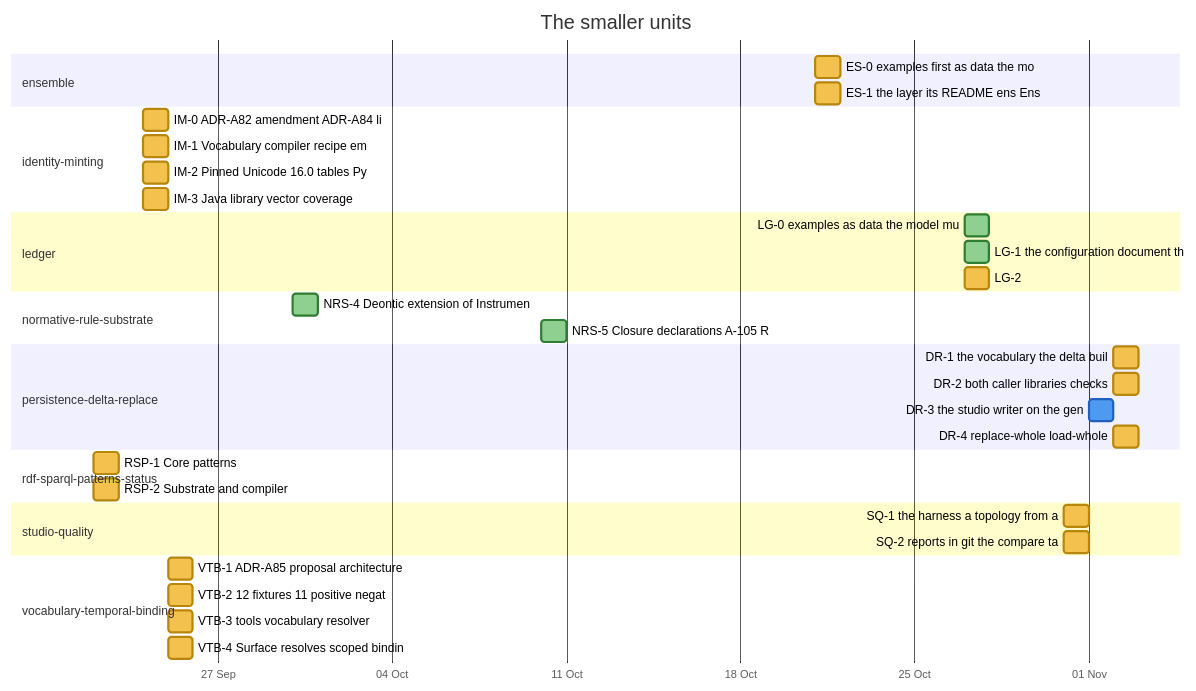
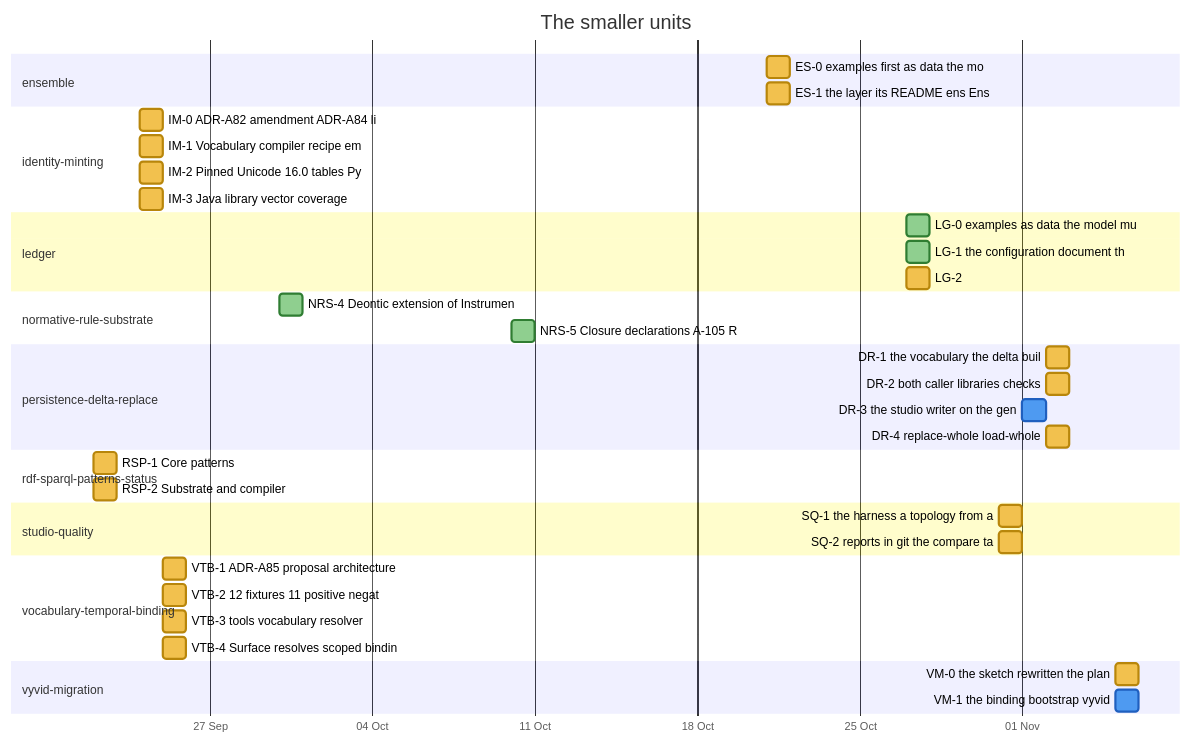
One commit to nebularis/lattice changed diagram 16 of 25 in docs/developer/ROADMAP.md. Above: the diagram before and after it, drawn with Mermaid. The commit also changed other lines of this file and 27 other files, not shown here.

````diff
--- a/docs/developer/ROADMAP.md
+++ b/docs/developer/ROADMAP.md
@@ -459,38 +459,41 @@
 ```mermaid
 %%{init: {"themeVariables": {"taskBkgColor": "#f2c14e", "taskBorderColor": "#b8860b", "taskTextColor": "#000000", "activeTaskBkgColor": "#4e9af1", "activeTaskBorderColor": "#1f5fbf", "activeTaskBorderColor": "#1f5fbf", "doneTaskBkgColor": "#8fcf8f", "doneTaskBorderColor": "#2f7d32", "critBkgColor": "#f28b82", "critBorderColor": "#b23a30", "taskTextDarkColor": "#000000", "taskTextLightColor": "#000000"}}}%%
 gantt
     title The smaller units
     dateFormat YYYY-MM-DD
     axisFormat %d %b
     section ensemble
     ES-0 examples first as data the mo :es0, 2026-10-21, 2026-10-22
     ES-1 the layer its README ens Ens :es1, 2026-10-21, 2026-10-22
     section identity-minting
     IM-0 ADR-A82 amendment ADR-A84 li :im0, 2026-09-24, 2026-09-25
     IM-1 Vocabulary compiler recipe em :im1, 2026-09-24, 2026-09-25
     IM-2 Pinned Unicode 16.0 tables Py :im2, 2026-09-24, 2026-09-25
     IM-3 Java library vector coverage :im3, 2026-09-24, 2026-09-25
     section ledger
     LG-0 examples as data the model mu :done, lg0, 2026-10-27, 2026-10-28
     LG-1 the configuration document th :done, lg1, 2026-10-27, 2026-10-28
     LG-2 :lg2, 2026-10-27, 2026-10-28
     section normative-rule-substrate
     NRS-4 Deontic extension of Instrumen :done, nrs4, 2026-09-30, 2026-10-01
     NRS-5 Closure declarations A-105 R :done, nrs5, 2026-10-10, 2026-10-11
     section persistence-delta-replace
     DR-1 the vocabulary the delta buil :dr1, 2026-11-02, 2026-11-03
     DR-2 both caller libraries checks :dr2, 2026-11-02, 2026-11-03
     DR-3 the studio writer on the gen :active, dr3, 2026-11-01, 2026-11-02
     DR-4 replace-whole load-whole :dr4, 2026-11-02, 2026-11-03
     section rdf-sparql-patterns-status
     RSP-1 Core patterns :rsp1, 2026-09-22, 2026-09-23
     RSP-2 Substrate and compiler :rsp2, 2026-09-22, 2026-09-23
     section studio-quality
     SQ-1 the harness a topology from a :sq1, 2026-10-31, 2026-11-01
     SQ-2 reports in git the compare ta :sq2, 2026-10-31, 2026-11-01
     section vocabulary-temporal-binding
     VTB-1 ADR-A85 proposal architecture :vtb1, 2026-09-25, 2026-09-26
     VTB-2 12 fixtures 11 positive negat :vtb2, 2026-09-25, 2026-09-26
     VTB-3 tools vocabulary resolver :vtb3, 2026-09-25, 2026-09-26
     VTB-4 Surface resolves scoped bindin :vtb4, 2026-09-25, 2026-09-26
+    section vyvid-migration
+    VM-0 the sketch rewritten the plan :vm0, 2026-11-05, 2026-11-06
+    VM-1 the binding bootstrap vyvid :active, vm1, 2026-11-05, 2026-11-06
 ```
````
